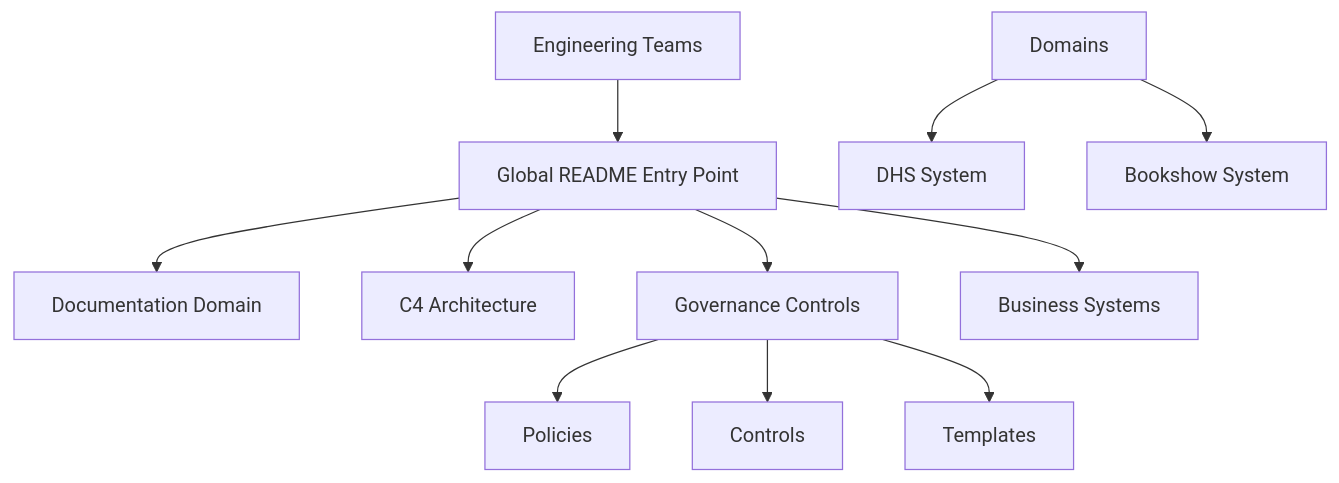
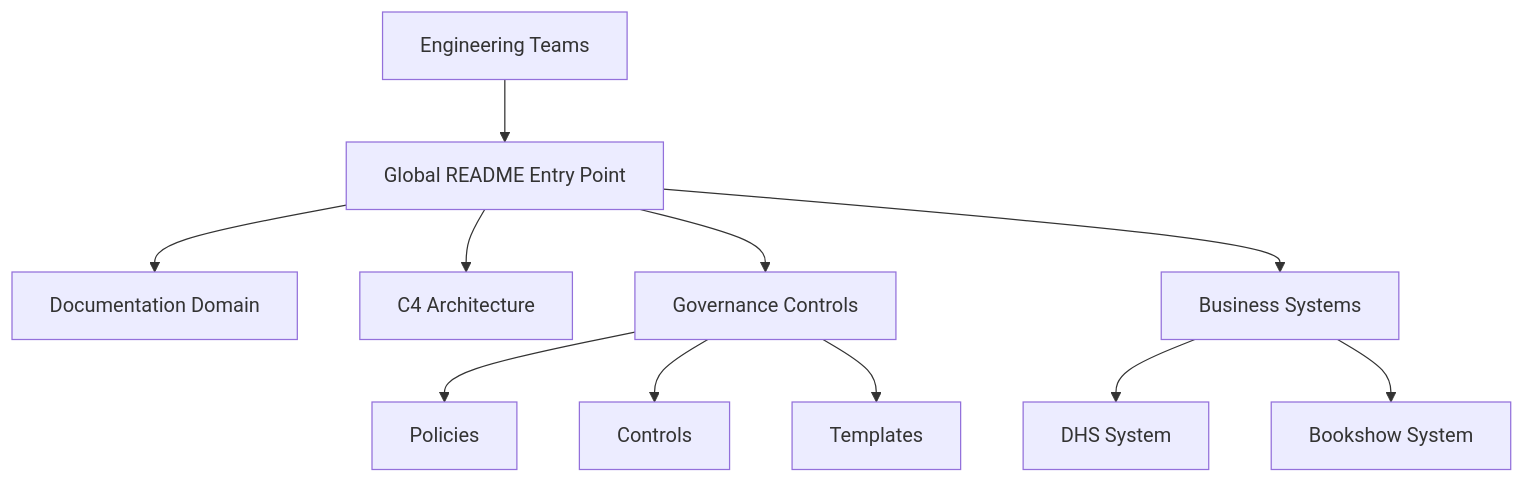
The second of 7 diagrams in README.md (STARONE-INFOTECH/starone-galaxy-architecture), drawn with Mermaid before and after one commit.

Commit message:
docs: Feature/s2 i04 domain dependencies markdown update (#43)
* docs(readme): add ecosystem dependency navigation

---------

````diff
--- a/README.md
+++ b/README.md
@@ -167,19 +167,19 @@
 ```mermaid
 flowchart TD
 
 Client[Engineering Teams]
 
 Client --> README[Global README Entry Point]
 
 README --> Docs[Documentation Domain]
 README --> Architecture[C4 Architecture]
 README --> Governance[Governance Controls]
 README --> Systems[Business Systems]
 
-Domains --> DHS[DHS System]
-Domains --> Bookshow[Bookshow System]
+Systems --> DHS[DHS System]
+Systems --> Bookshow[Bookshow System]
 
 Governance --> Policies[Policies]
 Governance --> Controls[Controls]
 Governance --> Templates[Templates]
 ```
````
